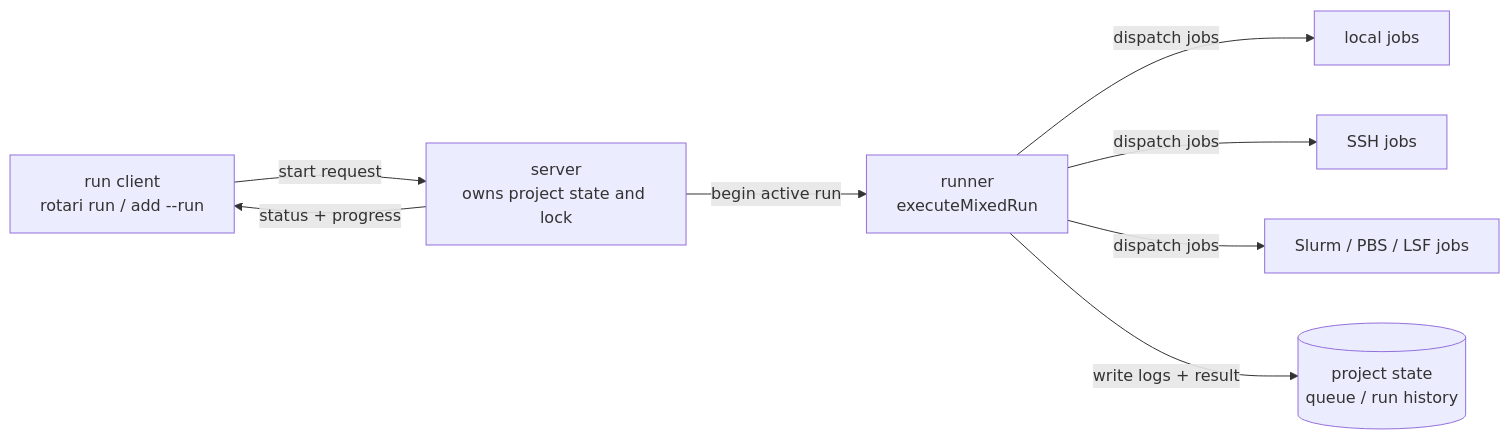
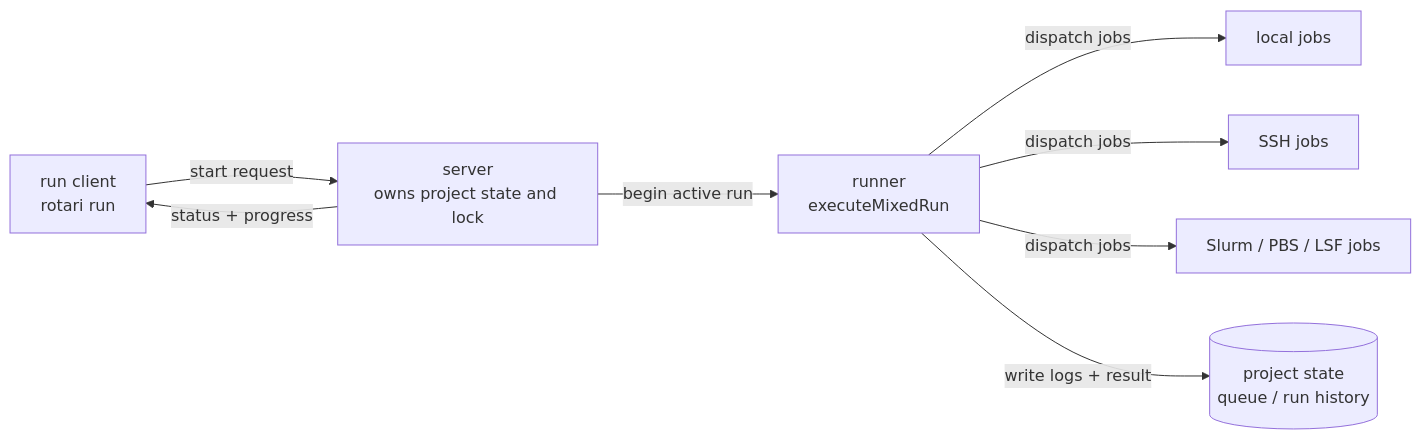
The third of 3 diagrams in README.md (kamo-naoyuki/rotari), drawn with Mermaid before and after one commit. The commit also changed other lines of this file and 13 other files, not shown here.

````diff
--- a/README.md
+++ b/README.md
@@ -831,10 +839,10 @@
 ```mermaid
 flowchart LR
-    Client["run client\nrotari run / add --run"] -->|start request| Server["server\nowns project state and lock"]
+    Client["run client\nrotari run"] -->|start request| Server["server\nowns project state and lock"]
     Server -->|begin active run| Runner["runner\nexecuteMixedRun"]
     Runner -->|dispatch jobs| Local["local jobs"]
     Runner -->|dispatch jobs| SSH["SSH jobs"]
     Runner -->|dispatch jobs| Scheduler["Slurm / PBS / LSF jobs"]
     Runner -->|write logs + result| State[("project state\nqueue / run history")]
     Server -->|status + progress| Client
 ```
````
